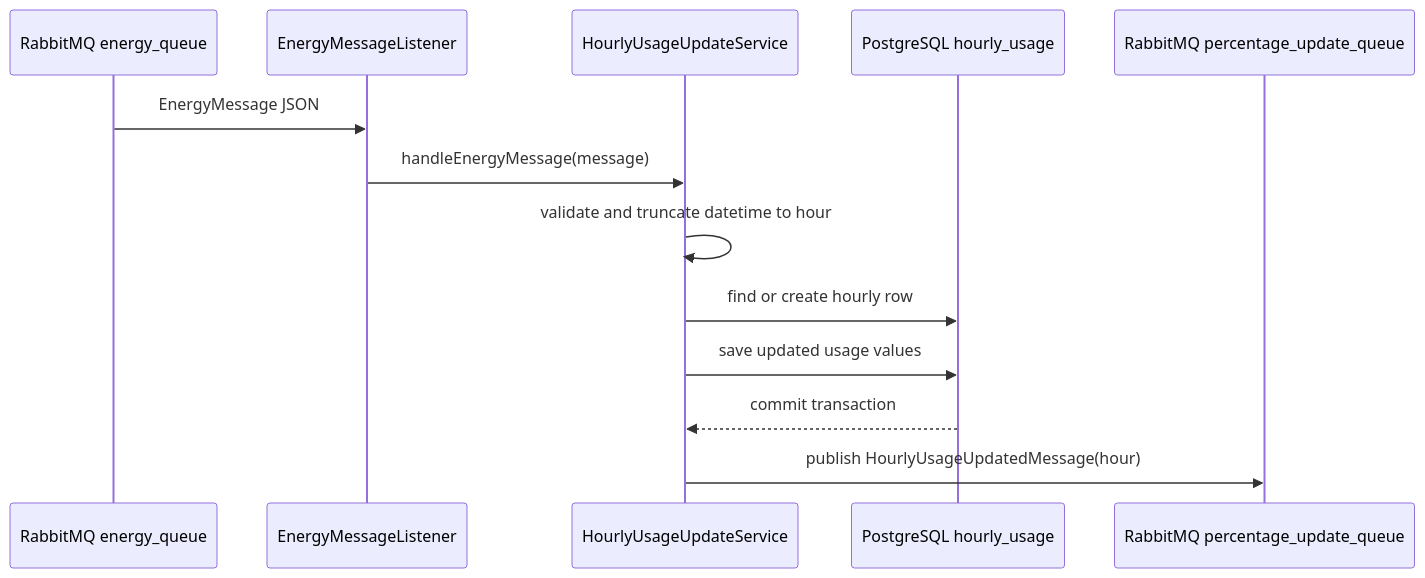
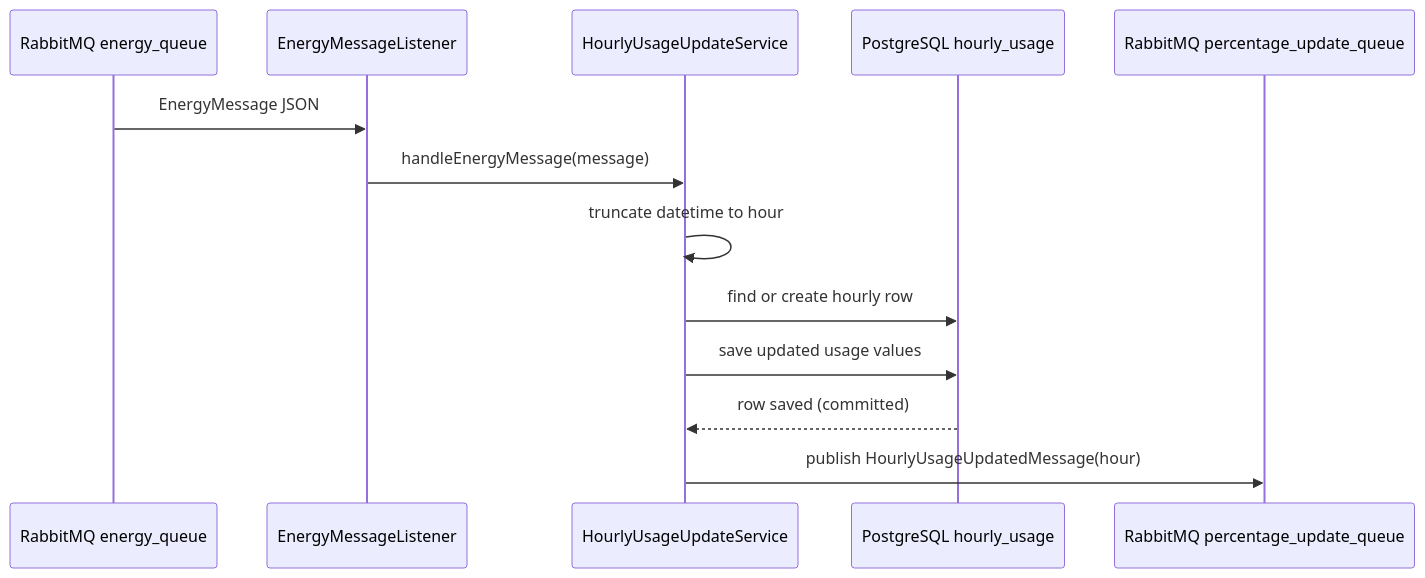
The second of 2 diagrams in docs/modules-documentation/usage-service.md (Dev02Liu/energy_community_project), drawn with Mermaid before and after one commit. The commit also changed other lines of this file and 8 other files, not shown here.

````diff
--- a/docs/modules-documentation/usage-service.md
+++ b/docs/modules-documentation/usage-service.md
@@ -107,16 +107,16 @@
 ```mermaid
 sequenceDiagram
     participant Q as RabbitMQ energy_queue
     participant L as EnergyMessageListener
     participant S as HourlyUsageUpdateService
     participant DB as PostgreSQL hourly_usage
     participant UQ as RabbitMQ percentage_update_queue
 
     Q->>L: EnergyMessage JSON
     L->>S: handleEnergyMessage(message)
-    S->>S: validate and truncate datetime to hour
+    S->>S: truncate datetime to hour
     S->>DB: find or create hourly row
     S->>DB: save updated usage values
-    DB-->>S: commit transaction
+    DB-->>S: row saved (committed)
     S->>UQ: publish HourlyUsageUpdatedMessage(hour)
 ```
````
